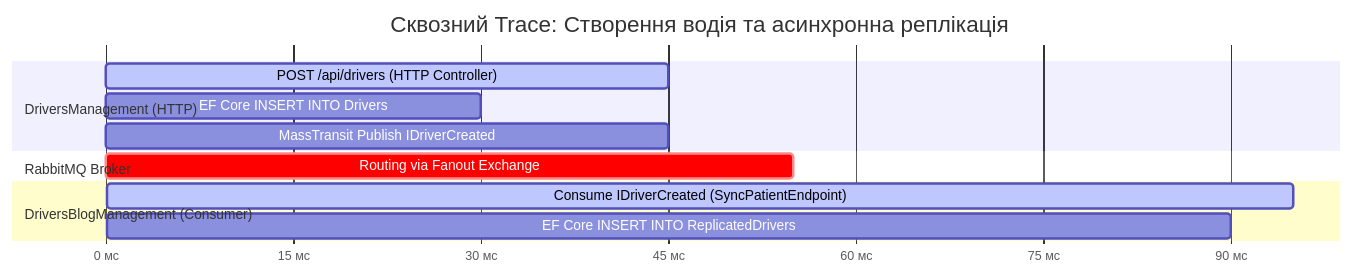
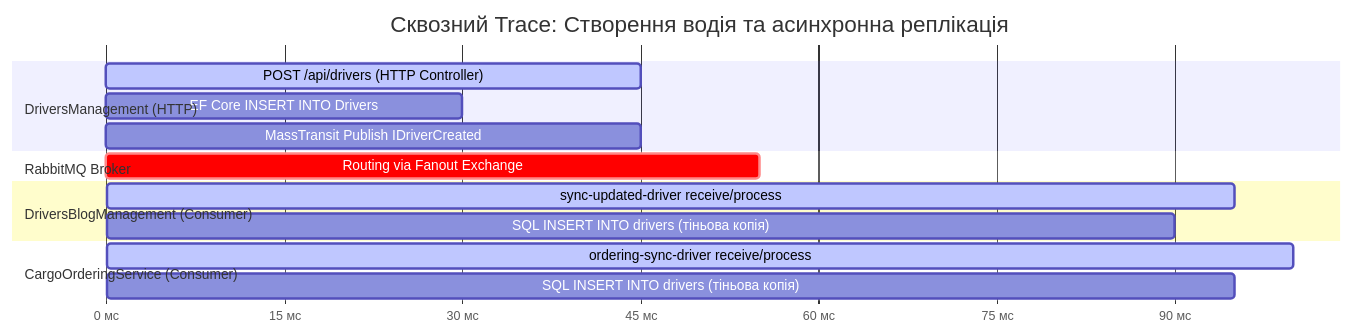
The fifth of 8 diagrams in 02-Microservices-Craftsman/02-01-Aspire-Documentation/02-01-Aspire-MasterClass.md (MrTomkaYurii/Demo-CargoDeliveryService), drawn with Mermaid before and after one commit. The commit also changed other lines of this file and 227 other files, not shown here.

````diff
--- a/02-Microservices-Craftsman/02-01-Aspire-Documentation/02-01-Aspire-MasterClass.md
+++ b/02-Microservices-Craftsman/02-01-Aspire-Documentation/02-01-Aspire-MasterClass.md
@@ -425,18 +460,22 @@
 ```mermaid
 gantt
     title Сквозний Trace: Створення водія та асинхронна реплікація
     dateFormat X
     axisFormat %s мс
 
     section DriversManagement (HTTP)
     POST /api/drivers (HTTP Controller) :active, p1, 0, 45
     EF Core INSERT INTO Drivers :p2, 10, 30
     MassTransit Publish IDriverCreated :p3, 30, 45
 
     section RabbitMQ Broker
     Routing via Fanout Exchange :crit, p4, 45, 55
 
     section DriversBlogManagement (Consumer)
-    Consume IDriverCreated (SyncPatientEndpoint) :active, p5, 55, 95
-    EF Core INSERT INTO ReplicatedDrivers :p6, 65, 90
+    sync-updated-driver receive/process :active, p5, 55, 95
+    SQL INSERT INTO drivers (тіньова копія) :p6, 65, 90
+
+    section CargoOrderingService (Consumer)
+    ordering-sync-driver receive/process :active, p7, 55, 100
+    SQL INSERT INTO drivers (тіньова копія) :p8, 70, 95
 ```
````
